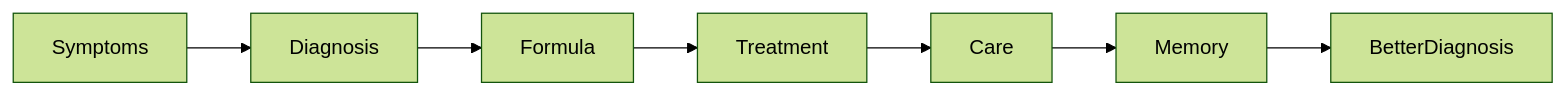
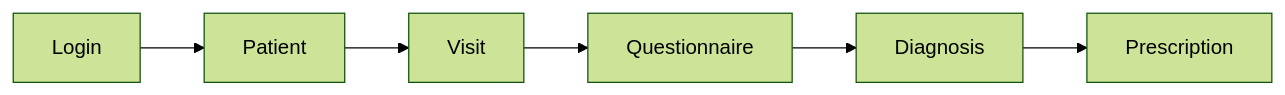
Before and after one commit to jwang684/xerbs-os: the diagram in README.md, drawn with Mermaid (forest theme). The commit also changed other lines of this file and 9 other files, not shown here.

````diff
--- a/README.md
+++ b/README.md
@@ -50,9 +12,4 @@
 ```mermaid
 flowchart LR
-Symptoms --> Diagnosis
-Diagnosis --> Formula
-Formula --> Treatment
-Treatment --> Care
-Care --> Memory
-Memory --> BetterDiagnosis
+  Login --> Patient --> Visit --> Questionnaire --> Diagnosis --> Prescription
 ```
````
